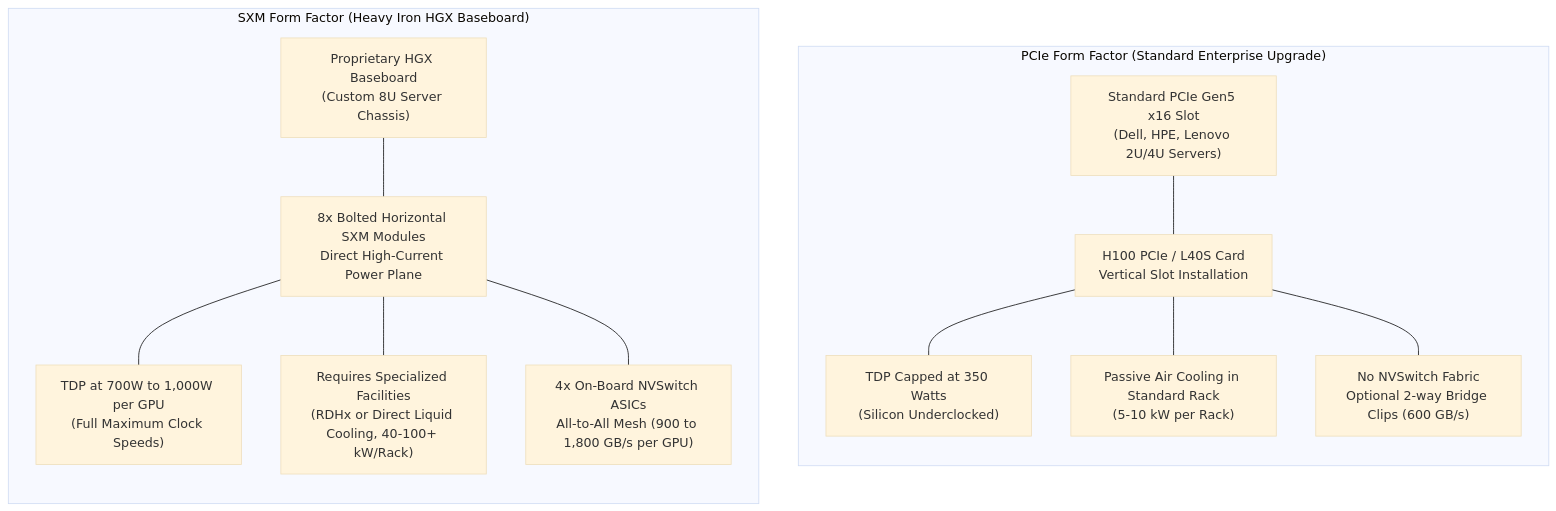
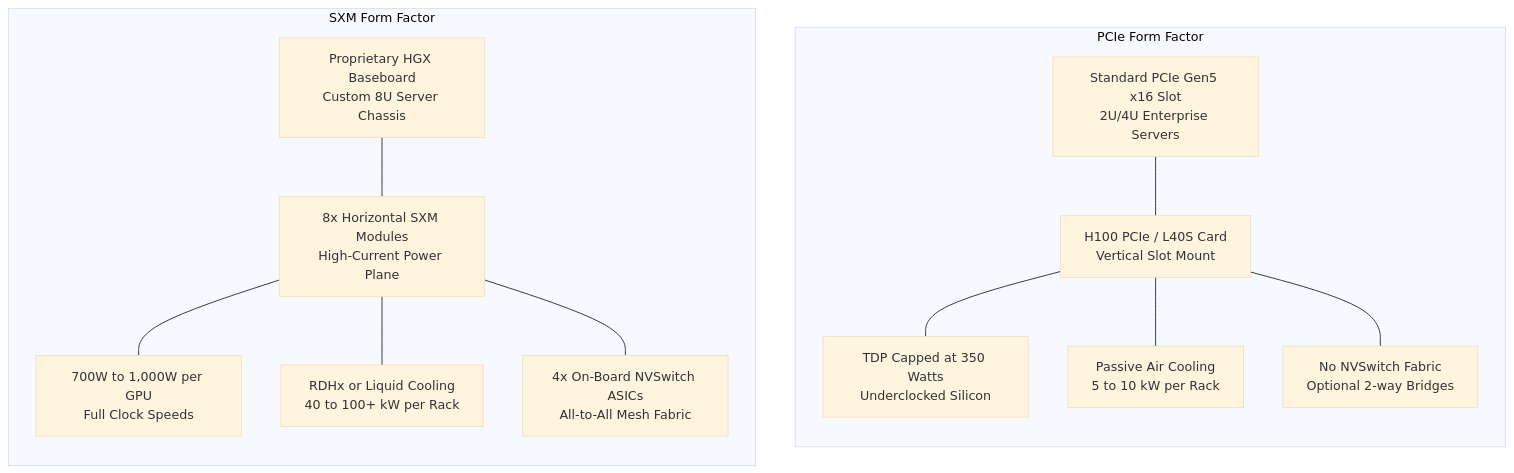
Before and after one commit to jithinpnjm/ai-infra-handbook: the third of 4 diagrams in docs/part-10-gpu-cuda/07-gpu-generations-and-product-line-ampere-hopper-blackwell-pcie-versus-s.md, drawn with Mermaid (base theme). The commit also changed other lines of this file and 503 other files, not shown here.

````diff
--- a/docs/part-10-gpu-cuda/07-gpu-generations-and-product-line-ampere-hopper-blackwell-pcie-versus-s.md
+++ b/docs/part-10-gpu-cuda/07-gpu-generations-and-product-line-ampere-hopper-blackwell-pcie-versus-s.md
@@ -235,30 +203,30 @@
 ```mermaid
 flowchart TB
-  subgraph PCIe["PCIe Form Factor (Standard Enterprise Upgrade)"]
+  subgraph PCIe["PCIe Form Factor"]
     direction TB
-    P_Slot["Standard PCIe Gen5 x16 Slot<br/>(Dell, HPE, Lenovo 2U/4U Servers)"]
-    P_Card["H100 PCIe / L40S Card<br/>Vertical Slot Installation"]
-    P_Power["TDP Capped at 350 Watts<br/>(Silicon Underclocked)"]
-    P_Cool["Passive Air Cooling in Standard Rack<br/>(5-10 kW per Rack)"]
-    P_Net["No NVSwitch Fabric<br/>Optional 2-way Bridge Clips (600 GB/s)"]
+    P_Slot["Standard PCIe Gen5 x16 Slot<br/>2U/4U Enterprise Servers"]
+    P_Card["H100 PCIe / L40S Card<br/>Vertical Slot Mount"]
+    P_Power["TDP Capped at 350 Watts<br/>Underclocked Silicon"]
+    P_Cool["Passive Air Cooling<br/>5 to 10 kW per Rack"]
+    P_Net["No NVSwitch Fabric<br/>Optional 2-way Bridges"]
     
     P_Slot --- P_Card
     P_Card --- P_Power
     P_Card --- P_Cool
     P_Card --- P_Net
   end
 
-  subgraph SXM["SXM Form Factor (Heavy Iron HGX Baseboard)"]
+  subgraph SXM["SXM Form Factor"]
     direction TB
-    S_Board["Proprietary HGX Baseboard<br/>(Custom 8U Server Chassis)"]
-    S_Mod["8x Bolted Horizontal SXM Modules<br/>Direct High-Current Power Plane"]
-    S_Power["TDP at 700W to 1,000W per GPU<br/>(Full Maximum Clock Speeds)"]
-    S_Cool["Requires Specialized Facilities<br/>(RDHx or Direct Liquid Cooling, 40-100+ kW/Rack)"]
-    S_Net["4x On-Board NVSwitch ASICs<br/>All-to-All Mesh (900 to 1,800 GB/s per GPU)"]
+    S_Board["Proprietary HGX Baseboard<br/>Custom 8U Server Chassis"]
+    S_Mod["8x Horizontal SXM Modules<br/>High-Current Power Plane"]
+    S_Power["700W to 1,000W per GPU<br/>Full Clock Speeds"]
+    S_Cool["RDHx or Liquid Cooling<br/>40 to 100+ kW per Rack"]
+    S_Net["4x On-Board NVSwitch ASICs<br/>All-to-All Mesh Fabric"]
     
     S_Board --- S_Mod
     S_Mod --- S_Power
     S_Mod --- S_Cool
     S_Mod --- S_Net
   end
 ```
````
